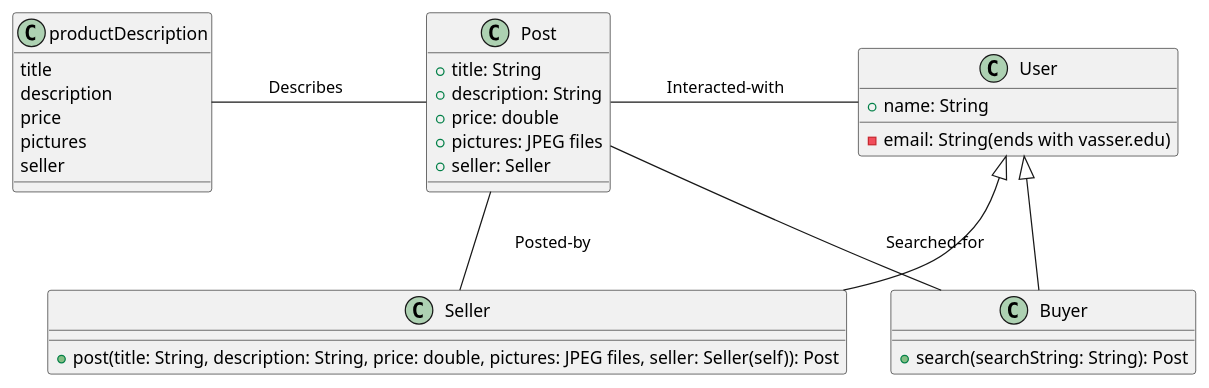
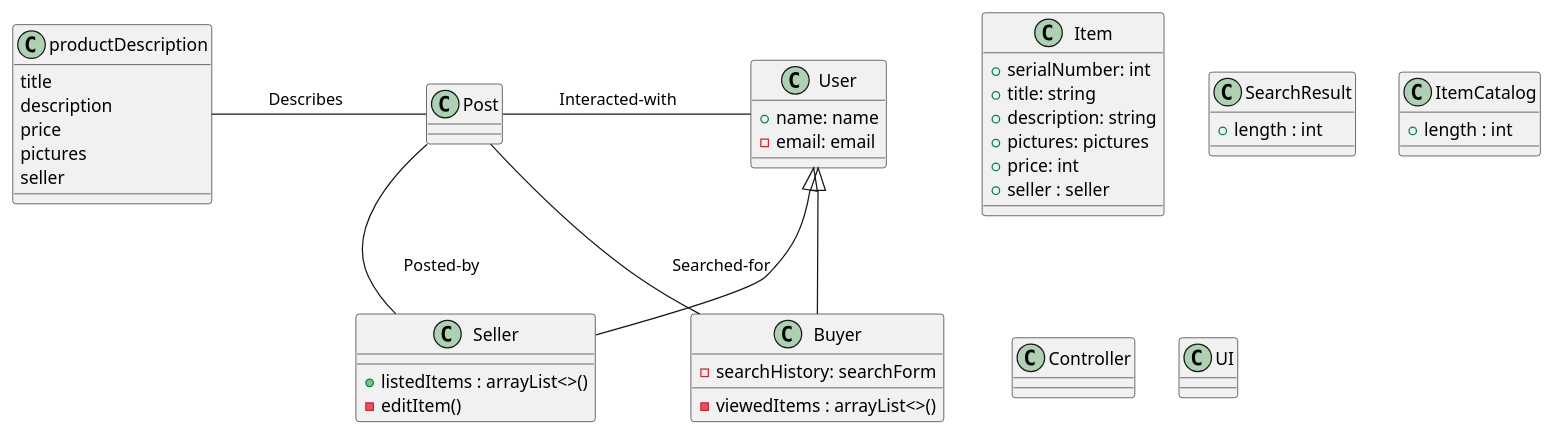
The first of 3 diagrams in Phase2/design.md (remyben-creator/Marketplace-Application), drawn with PlantUML before and after one commit. The commit also changed other lines of this file, not shown here.

Commit message:
finalized sequence diagrams and edited design class diagram

````diff
--- a/Phase2/design.md
+++ b/Phase2/design.md
@@ -1,37 +1,55 @@
 ```plantuml
-class Post{
- + title: String
- + description: String
- + price: double
- + pictures: JPEG files
- + seller: Seller
+class Item{
+ + serialNumber: int
+ + title: string
+ + description: string
+ + pictures: pictures
+ + price: int
+ + seller : seller
 }
 class User{
- + name: String
- - email: String(ends with vasser.edu)
+ + name: name
+ - email: email
 }
 
 class Seller{
- + post(title: String, description: String, price: double, pictures: JPEG files, seller: Seller(self)): Post
+ + listedItems : arrayList<>()
+ - editItem()
 }
 
 class Buyer{
- + search(searchString: String): Post
+ - searchHistory: searchForm
+ - viewedItems : arrayList<>()
 }
 
+class SearchResult {
+ + length : int
+}
+
+class ItemCatalog {
+ + length : int
+}
+
+class Controller {
+
+}
+
+class UI { 
+
+}
 User <|-- Seller
 User <|-- Buyer
 
 class productDescription{
  title
  description
  price
  pictures
  seller
 }
 
 productDescription - Post : \tDescribes\t\t
 Post - Seller : \tPosted-by\t\t
 Post - Buyer : \tSearched-for\t\t
 Post - User : \tInteracted-with\t\t
 ```
````
